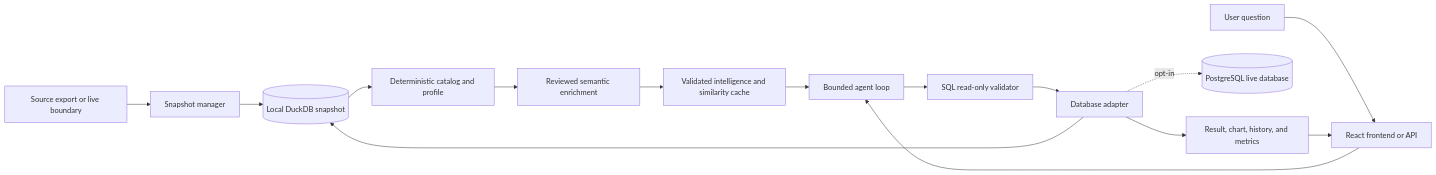
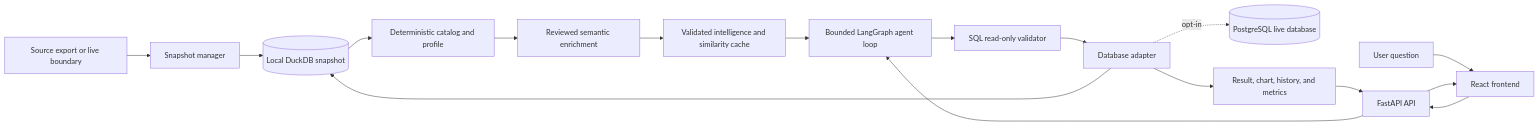
The diagram in README.md (nevetsagetro/Queris), drawn with Mermaid before and after one commit. The commit also changed other lines of this file, not shown here.

Commit message:
docs(readme): mark react as primary frontend

````diff
--- a/README.md
+++ b/README.md
@@ -62,17 +62,19 @@
 ```mermaid
 flowchart LR
     S[Source export or live boundary] --> M[Snapshot manager]
     M --> D[(Local DuckDB snapshot)]
     D --> C[Deterministic catalog and profile]
     C --> E[Reviewed semantic enrichment]
     E --> I[Validated intelligence and similarity cache]
-    Q[User question] --> UI[React frontend or API]
-    UI --> A[Bounded agent loop]
+    Q[User question] --> UI[React frontend]
+    UI --> API[FastAPI API]
+    API --> A[Bounded LangGraph agent loop]
     I --> A
     A --> V[SQL read-only validator]
     V --> X[Database adapter]
     X --> D
     X -. opt-in .-> P[(PostgreSQL live database)]
     X --> R[Result, chart, history, and metrics]
-    R --> UI
+    R --> API
+    API --> UI
 ```
````
